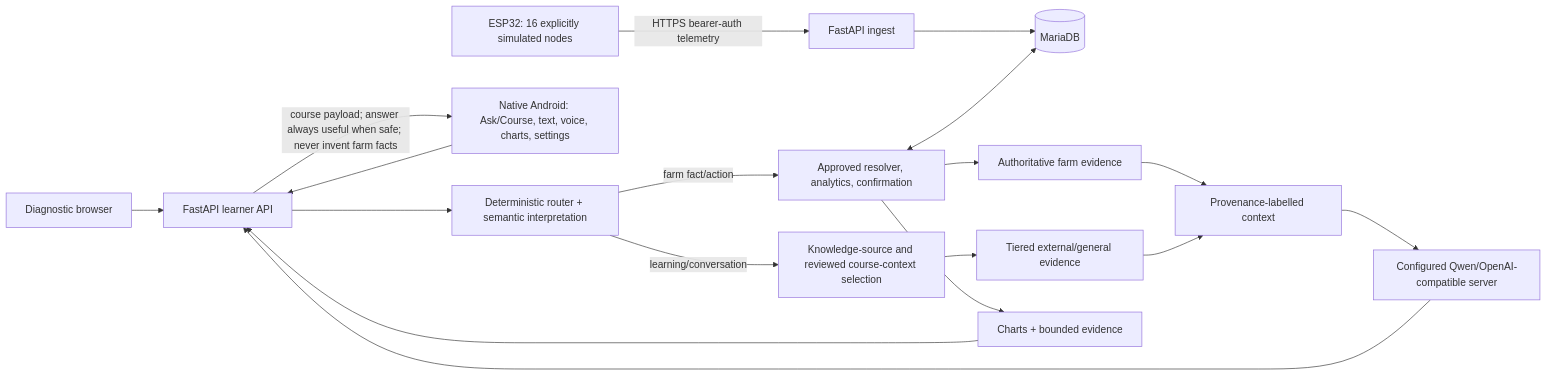
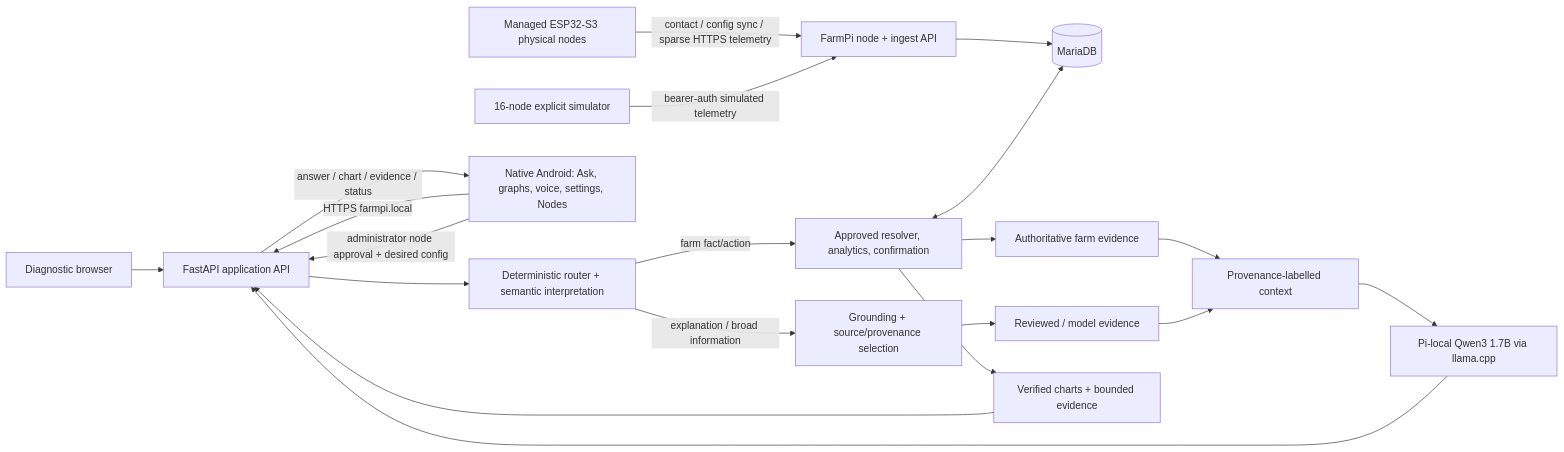
The diagram in docs/diagrams/system-architecture.mmd (w0rmy/farmpi), drawn with Mermaid before and after one commit.

Commit message:
docs: redraw current system architecture

```diff
--- a/docs/diagrams/system-architecture.mmd
+++ b/docs/diagrams/system-architecture.mmd
@@ -1,18 +1,20 @@
 flowchart LR
-  E[ESP32: 16 explicitly simulated nodes] -->|HTTPS bearer-auth telemetry| I[FastAPI ingest]
+  P[Managed ESP32-S3 physical nodes] -->|contact / config sync / sparse HTTPS telemetry| I[FarmPi node + ingest API]
+  S[16-node explicit simulator] -->|bearer-auth simulated telemetry| I
   I --> D[(MariaDB)]
-  W[Diagnostic browser] --> A[FastAPI learner API]
-  N[Native Android: Ask/Course, text, voice, charts, settings] --> A
+  W[Diagnostic browser] --> A[FastAPI application API]
+  N[Native Android: Ask, graphs, voice, settings, Nodes] -->|HTTPS farmpi.local| A
   A --> R[Deterministic router + semantic interpretation]
   R -->|farm fact/action| X[Approved resolver, analytics, confirmation]
-  R -->|learning/conversation| K[Knowledge-source and reviewed course-context selection]
+  R -->|explanation / broad information| K[Grounding + source/provenance selection]
   X <--> D
-  X --> P[Authoritative farm evidence]
-  K --> S[Tiered external/general evidence]
-  P --> C[Provenance-labelled context]
-  S --> C
-  C --> Q[Configured Qwen/OpenAI-compatible server]
+  X --> PEV[Authoritative farm evidence]
+  K --> SEV[Reviewed / model evidence]
+  PEV --> C[Provenance-labelled context]
+  SEV --> C
+  C --> Q[Pi-local Qwen3 1.7B via llama.cpp]
   Q --> A
-  X --> G[Charts + bounded evidence]
+  X --> G[Verified charts + bounded evidence]
   G --> A
-  A -->|course payload; answer always useful when safe; never invent farm facts| N
+  A -->|answer / chart / evidence / status| N
+  N -->|administrator node approval + desired config| A
```
